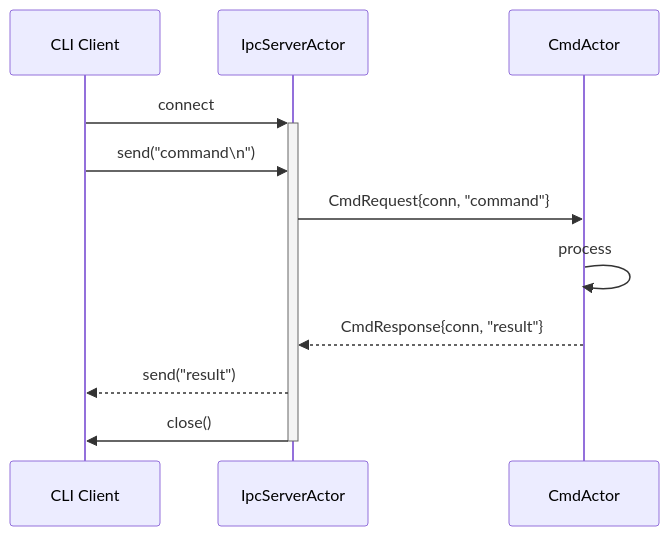
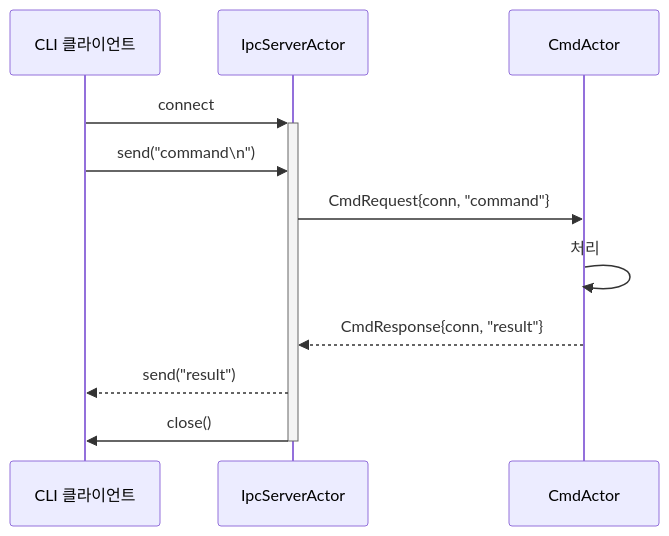
The ninth of 9 diagrams in README.md (shoenkh15324/V2-Engine), drawn with Mermaid before and after one commit. The commit also changed other lines of this file and 5 other files, not shown here.

````diff
--- a/README.md
+++ b/README.md
@@ -483,16 +485,16 @@
 ```mermaid
 sequenceDiagram
-    participant Client as CLI Client
+    participant Client as CLI 클라이언트
     participant Server as IpcServerActor
     participant Cmd as CmdActor
 
     Client->>+Server: connect
 
     Client->>Server: send("command\n")
     Server->>Cmd: CmdRequest{conn, "command"}
-    Cmd->>Cmd: process
+    Cmd->>Cmd: 처리
     Cmd-->>Server: CmdResponse{conn, "result"}
     Server-->>Client: send("result")
     Server->>Client: close()
     deactivate Server
 ```
````
